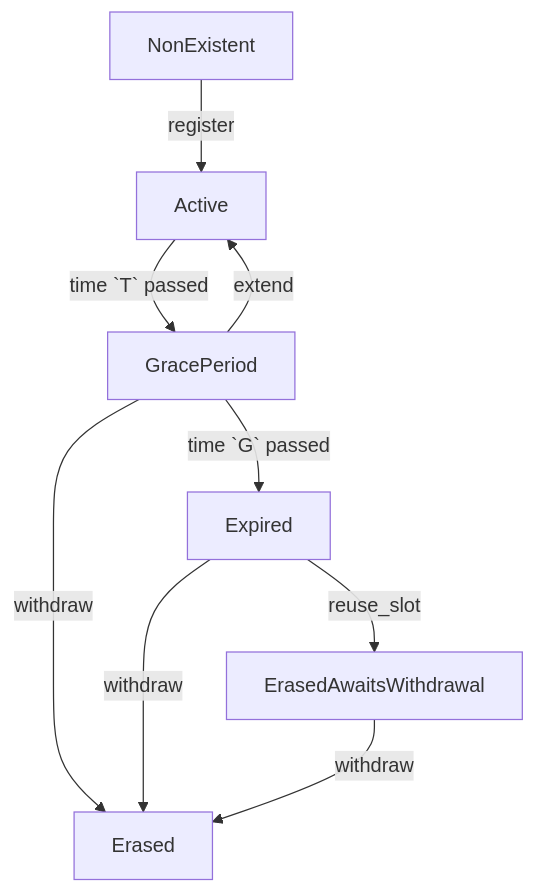
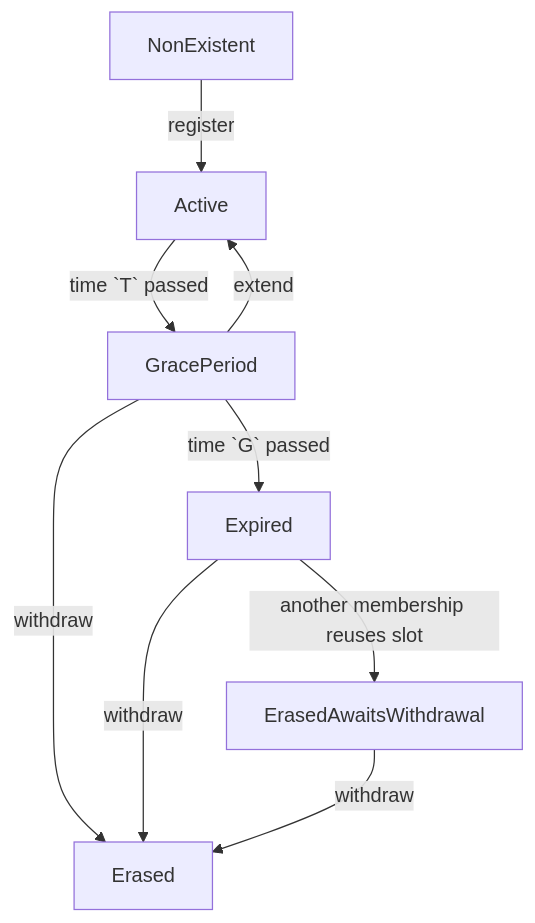
The diagram in standards/core/rln-contract.md (waku-org/specs), drawn with Mermaid before and after one commit. The commit also changed other lines of this file, not shown here.

````diff
--- a/standards/core/rln-contract.md
+++ b/standards/core/rln-contract.md
@@ -47,12 +47,12 @@
 ```mermaid
 graph TD;
     NonExistent --> |"register"| Active;
     Active --> |"time `T` passed"| GracePeriod;
     GracePeriod --> |"extend"| Active;
     GracePeriod --> |"time `G` passed"| Expired;
     GracePeriod --> |"withdraw"| Erased;
     Expired --> |"withdraw"| Erased;
-    Expired --> |"reuse_slot"| ErasedAwaitsWithdrawal;
+    Expired --> |"another membership reuses slot"| ErasedAwaitsWithdrawal;
     ErasedAwaitsWithdrawal --> |"withdraw"| Erased;
 
 ```
````
